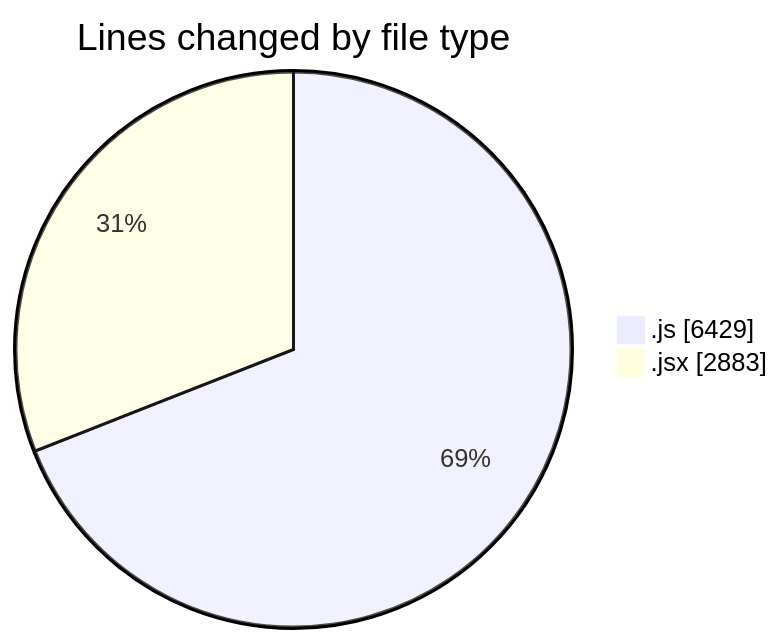
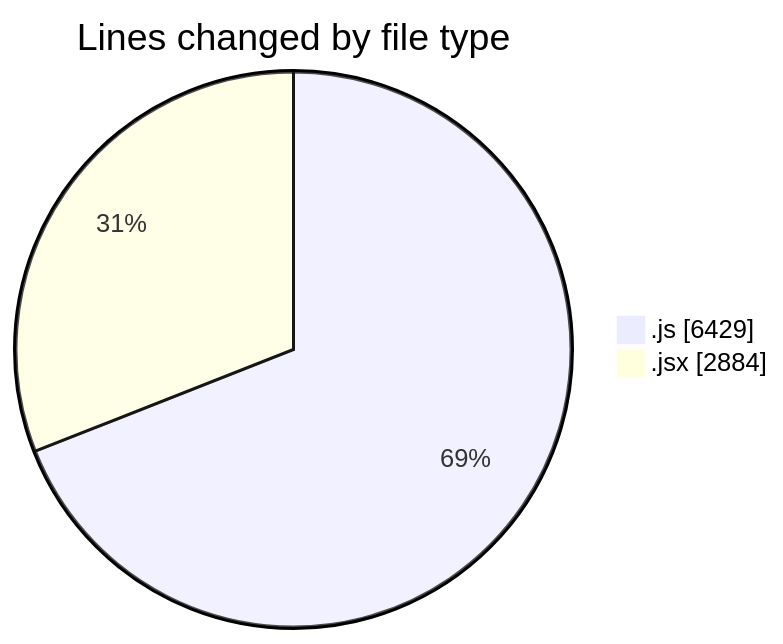
Before and after one commit to nxtqubesakshisongat/code-tracking: the first of 2 diagrams in 2025-09-26/nxtqube_webapp/README.md, drawn with Mermaid. The commit also changed other lines of this file and 1 other file, not shown here.

````diff
--- a/2025-09-26/nxtqube_webapp/README.md
+++ b/2025-09-26/nxtqube_webapp/README.md
@@ -23,6 +23,6 @@
 ```mermaid
 pie showData
 title Lines changed by file type
 ".js" : 6429
-".jsx" : 2883
+".jsx" : 2884
 ```
````
